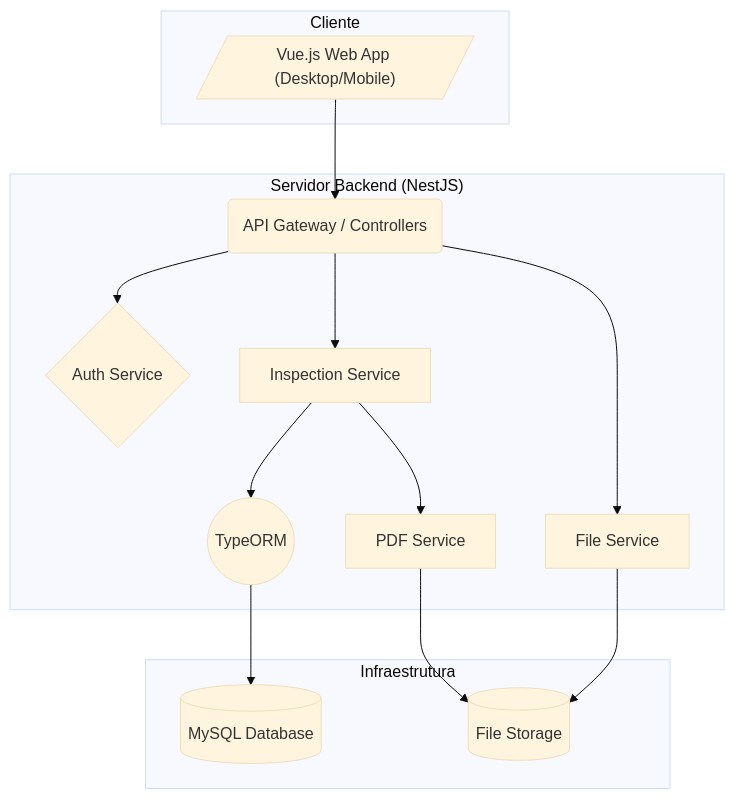
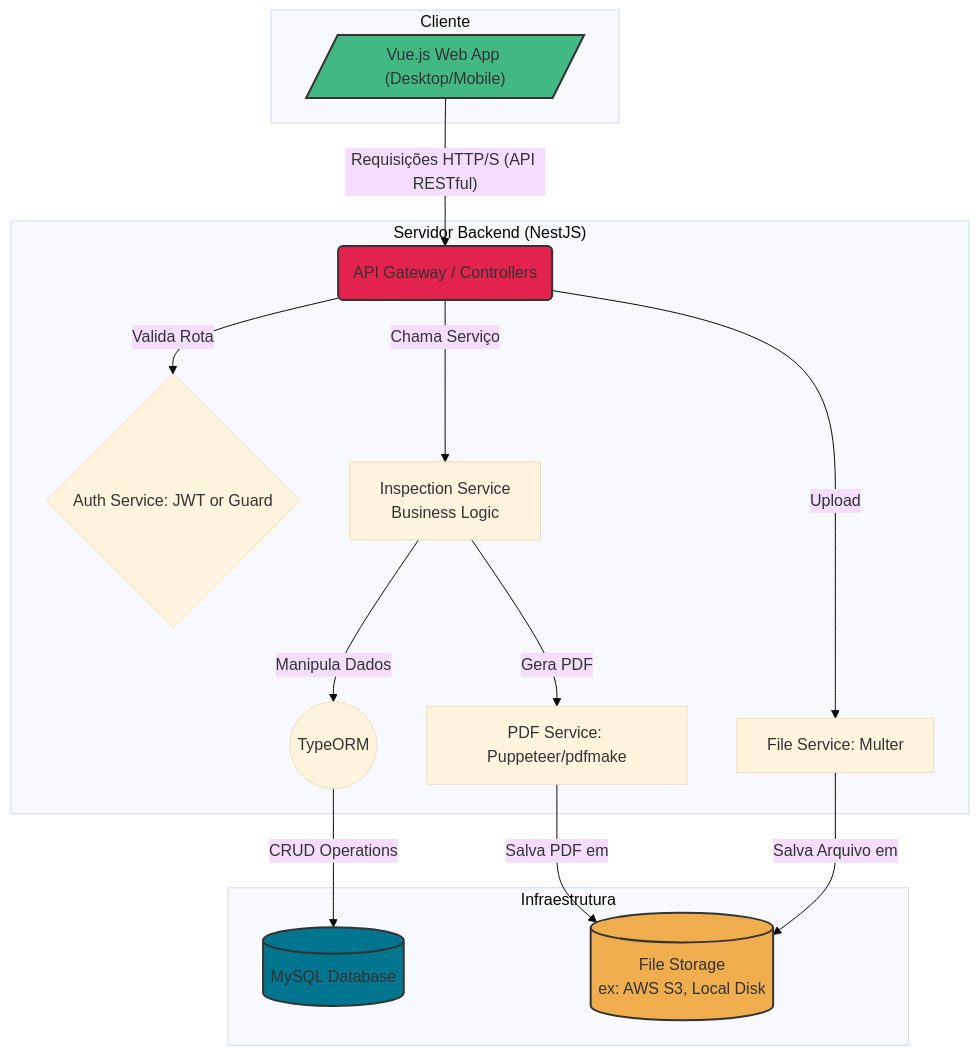
Before and after one commit to LeoAdlerr/PortfolioApis: the first of 2 diagrams in README.md, drawn with Mermaid (base theme). The commit also changed other lines of this file, not shown here.

````diff
--- a/README.md
+++ b/README.md
@@ -178,27 +178,35 @@
 ```mermaid
 graph TD
     subgraph "Cliente"
         A[/"Vue.js Web App (Desktop/Mobile)"/]
     end
+
     subgraph "Servidor Backend (NestJS)"
         B(API Gateway / Controllers)
-        C{Auth Service}
-        D[Inspection Service]
-        E[PDF Service]
-        F[File Service]
+        C{Auth Service: JWT or Guard}
+        D[Inspection Service <br> Business Logic]
+        E[PDF Service: Puppeteer/pdfmake]
+        F[File Service: Multer]
         G((TypeORM))
     end
+
     subgraph "Infraestrutura"
         H[(MySQL Database)]
-        I[(File Storage)]
+        I[(File Storage <br> ex: AWS S3, Local Disk)]
     end
-    A --> B
-    B --> C
-    B --> D
-    B --> F
-    D --> E
-    D --> G
-    F --> I
-    E --> I
-    G --> H
+
+    A -- "Requisições HTTP/S (API RESTful)" --> B
+    B -- "Valida Rota" --> C
+    B -- "Chama Serviço" --> D
+    B -- "Upload" --> F
+    D -- "Gera PDF" --> E
+    D -- "Manipula Dados" --> G
+    F -- "Salva Arquivo em" --> I
+    E -- "Salva PDF em" --> I
+    G -- "CRUD Operations" --> H
+
+    style A fill:#42b883,stroke:#333,stroke-width:2px
+    style B fill:#e3224d,stroke:#333,stroke-width:2px
+    style H fill:#00758f,stroke:#333,stroke-width:2px
+    style I fill:#f0ad4e,stroke:#333,stroke-width:2px
  ```
````
